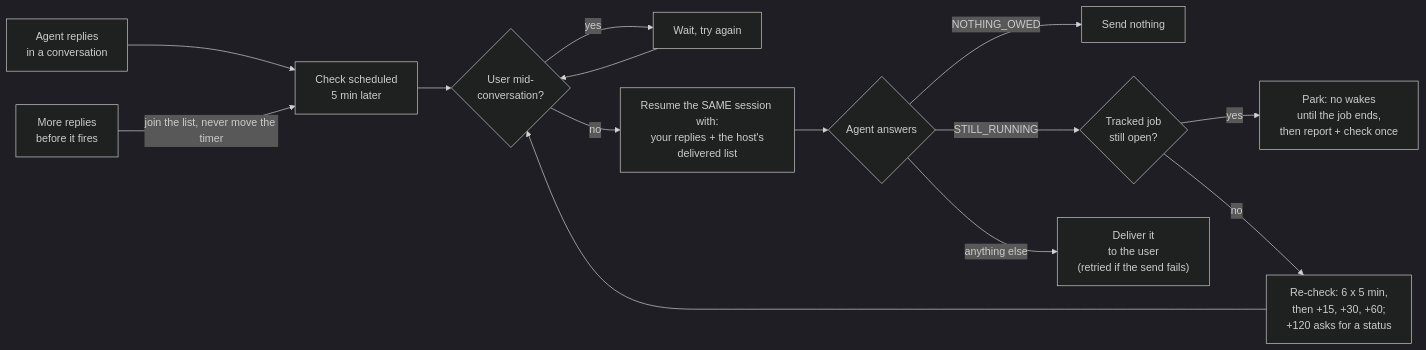
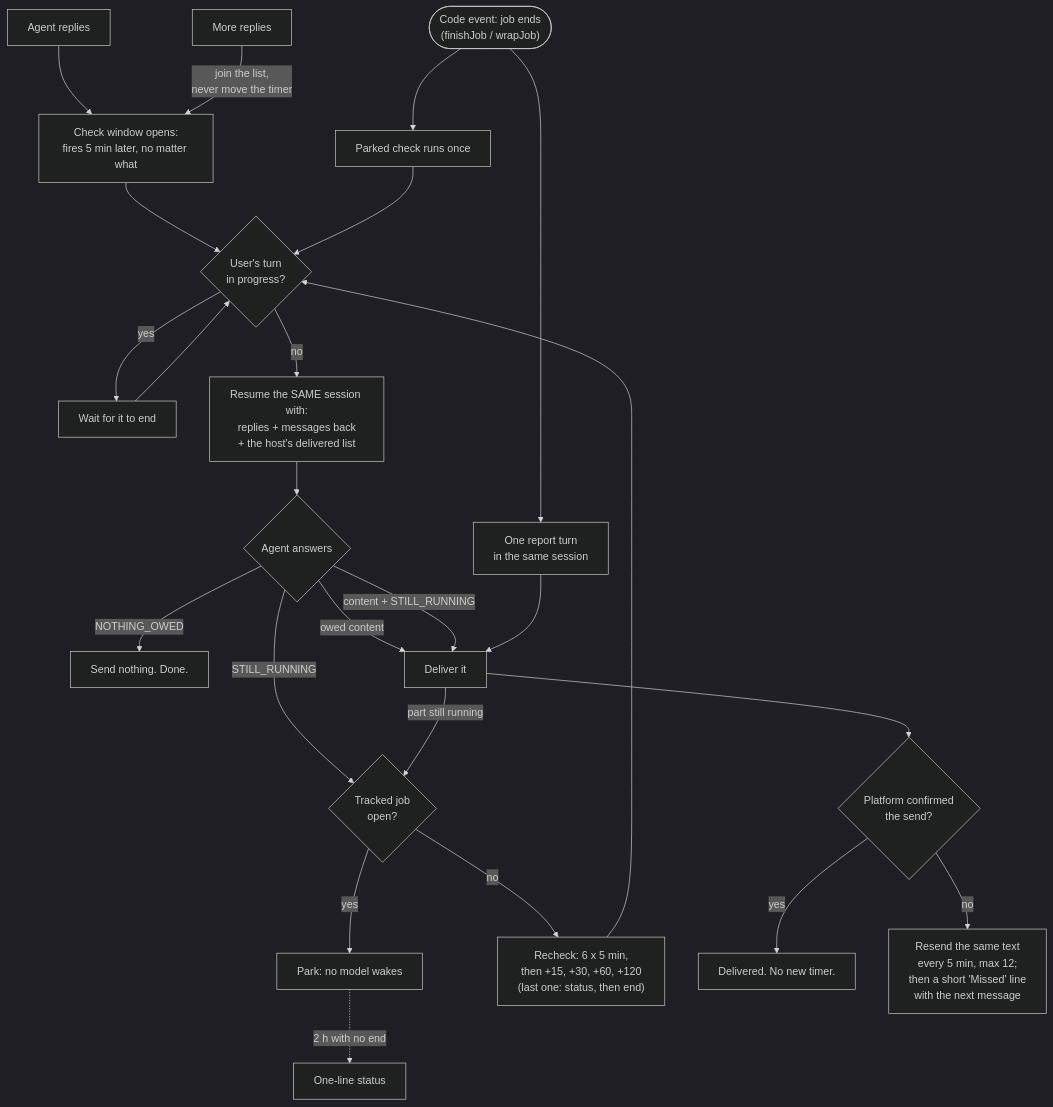
The diagram in README.md (muziksociety/nothing-owed), drawn with Mermaid (dark theme) before and after one commit. The commit also changed other lines of this file, not shown here.

Commit message:
docs: diagram for the v0.2 flow (timers, job events, delivery confirmation)

````diff
--- a/README.md
+++ b/README.md
@@ -17,14 +17,23 @@
 ```mermaid
-flowchart LR
-    R["Agent replies<br/>in a conversation"] --> T["Check scheduled<br/>5 min later"]
-    R2["More replies<br/>before it fires"] -->|join the list, never move the timer| T
-    T --> B{"User mid-<br/>conversation?"}
-    B -->|yes| W["Wait, try again"] --> B
-    B -->|no| C["Resume the SAME session with:<br/>your replies + the host's<br/>delivered list"]
+flowchart TD
+    R["Agent replies"] --> T["Check window opens:<br/>fires 5 min later, no matter what"]
+    R2["More replies"] -->|join the list,<br/>never move the timer| T
+    T --> B{"User's turn<br/>in progress?"}
+    B -->|yes| W["Wait for it to end"] --> B
+    B -->|no| C["Resume the SAME session with:<br/>replies + messages back<br/>+ the host's delivered list"]
     C --> O{"Agent answers"}
-    O -->|NOTHING_OWED| S["Send nothing"]
-    O -->|STILL_RUNNING| J{"Tracked job<br/>still open?"}
-    J -->|yes| P["Park: no wakes<br/>until the job ends,<br/>then report + check once"]
-    J -->|no| RC["Re-check: 6 x 5 min,<br/>then +15, +30, +60;<br/>+120 asks for a status"] --> B
-    O -->|anything else| D["Deliver it<br/>to the user<br/>(retried if the send fails)"]
+    O -->|NOTHING_OWED| S["Send nothing. Done."]
+    O -->|owed content| D["Deliver it"]
+    O -->|"content + STILL_RUNNING"| D
+    O -->|STILL_RUNNING| J{"Tracked job<br/>open?"}
+    D -->|part still running| J
+    J -->|yes| P["Park: no model wakes"]
+    J -->|no| RC["Recheck: 6 x 5 min,<br/>then +15, +30, +60, +120<br/>(last one: status, then end)"] --> B
+    E(["Code event: job ends<br/>(finishJob / wrapJob)"]) --> RT["One report turn<br/>in the same session"]
+    RT --> D
+    E --> P2["Parked check runs once"] --> B
+    P -.->|"2 h with no end"| ST["One-line status"]
+    D --> X{"Platform confirmed<br/>the send?"}
+    X -->|yes| OK["Delivered. No new timer."]
+    X -->|no| RS["Resend the same text<br/>every 5 min, max 12;<br/>then a short 'Missed' line<br/>with the next message"]
 ```
````
